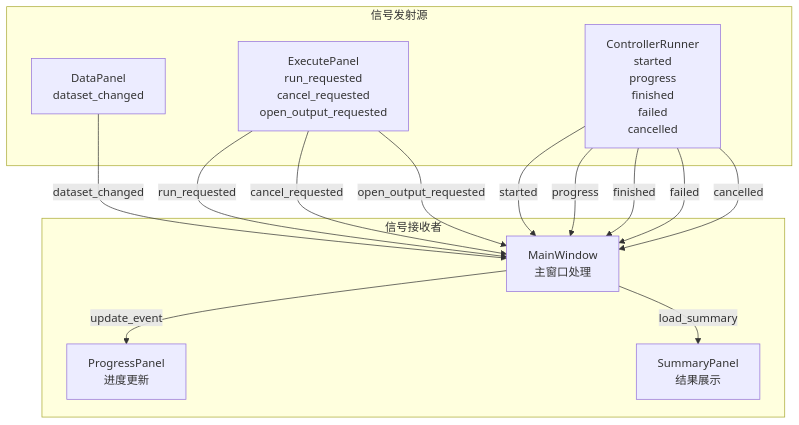
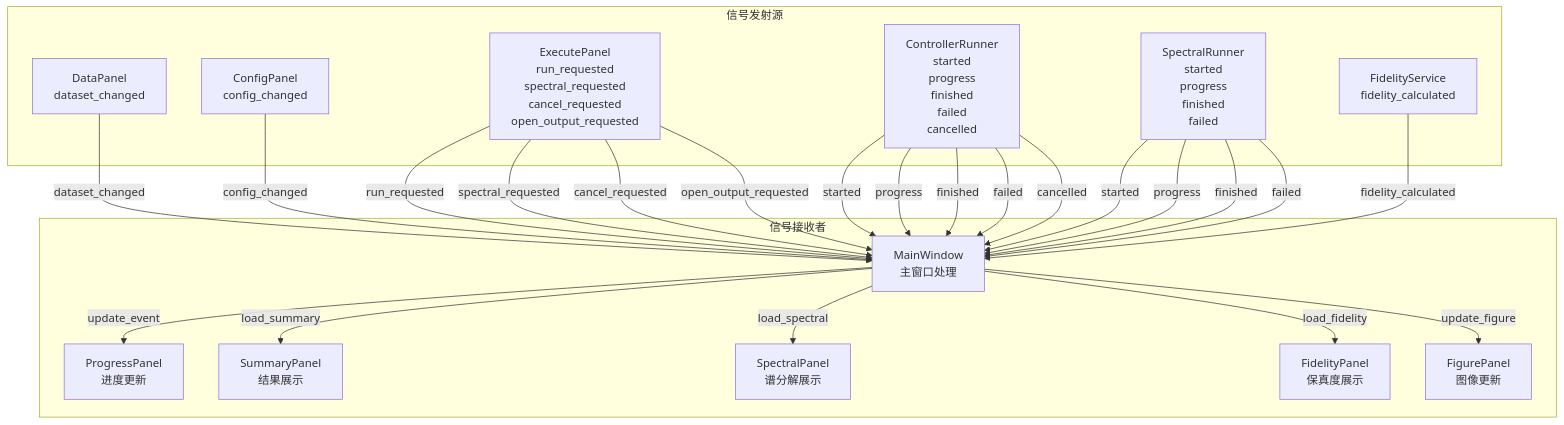
One commit to beckket4141/qtomography- changed the fourth of 5 diagrams in docs/teach/1.GUI数据流图表.md. Above: the diagram before and after it, drawn with Mermaid. The commit also changed other lines of this file and 9 other files, not shown here.

````diff
--- a/docs/teach/1.GUI数据流图表.md
+++ b/docs/teach/1.GUI数据流图表.md
@@ -155,27 +223,43 @@
 ```mermaid
 graph TD
     subgraph "信号发射源"
         DataPanel[DataPanel<br/>dataset_changed]
-        ExecutePanel[ExecutePanel<br/>run_requested<br/>cancel_requested<br/>open_output_requested]
+        ConfigPanel[ConfigPanel<br/>config_changed]
+        ExecutePanel[ExecutePanel<br/>run_requested<br/>spectral_requested<br/>cancel_requested<br/>open_output_requested]
         ControllerRunner[ControllerRunner<br/>started<br/>progress<br/>finished<br/>failed<br/>cancelled]
+        SpectralRunner[SpectralRunner<br/>started<br/>progress<br/>finished<br/>failed]
+        FidelityService[FidelityService<br/>fidelity_calculated]
     end
     
     subgraph "信号接收者"
         MainWindow[MainWindow<br/>主窗口处理]
         ProgressPanel[ProgressPanel<br/>进度更新]
         SummaryPanel[SummaryPanel<br/>结果展示]
+        SpectralPanel[SpectralPanel<br/>谱分解展示]
+        FidelityPanel[FidelityPanel<br/>保真度展示]
+        FigurePanel[FigurePanel<br/>图像更新]
     end
     
     DataPanel -->|dataset_changed| MainWindow
+    ConfigPanel -->|config_changed| MainWindow
     ExecutePanel -->|run_requested| MainWindow
+    ExecutePanel -->|spectral_requested| MainWindow
     ExecutePanel -->|cancel_requested| MainWindow
     ExecutePanel -->|open_output_requested| MainWindow
     ControllerRunner -->|started| MainWindow
     ControllerRunner -->|progress| MainWindow
     ControllerRunner -->|finished| MainWindow
     ControllerRunner -->|failed| MainWindow
     ControllerRunner -->|cancelled| MainWindow
+    SpectralRunner -->|started| MainWindow
+    SpectralRunner -->|progress| MainWindow
+    SpectralRunner -->|finished| MainWindow
+    SpectralRunner -->|failed| MainWindow
+    FidelityService -->|fidelity_calculated| MainWindow
     
     MainWindow -->|update_event| ProgressPanel
     MainWindow -->|load_summary| SummaryPanel
+    MainWindow -->|load_spectral| SpectralPanel
+    MainWindow -->|load_fidelity| FidelityPanel
+    MainWindow -->|update_figure| FigurePanel
 ```
````
